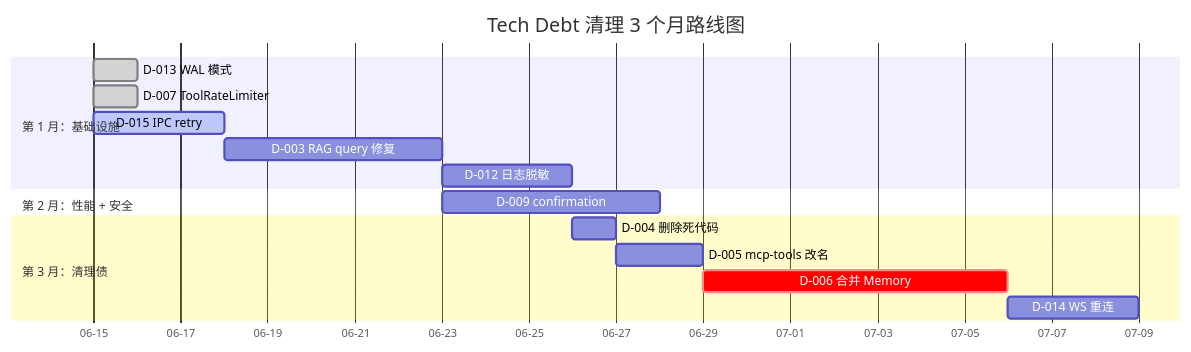
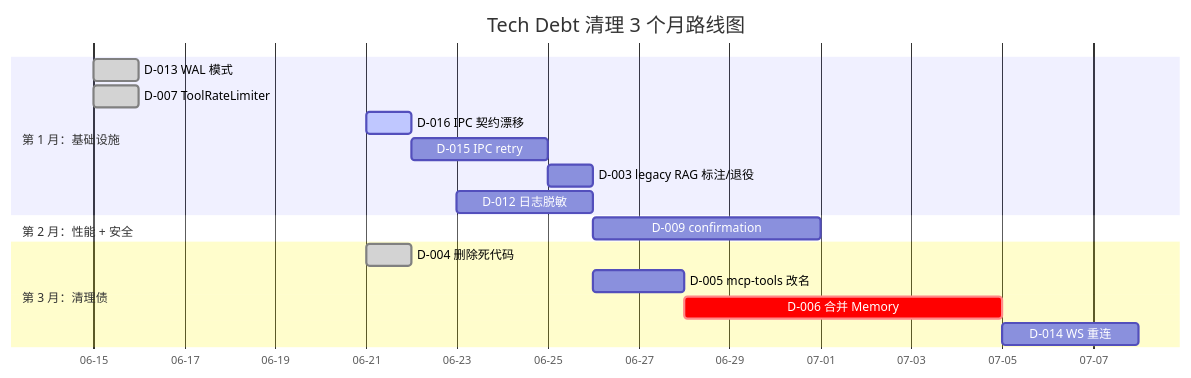
Before and after one commit to LanicBlue/zero-core: the third of 3 diagrams in docs/arch/10-tech-debt-architect-view.md, drawn with Mermaid. The commit also changed other lines of this file and 53 other files, not shown here.

````diff
--- a/docs/arch/10-tech-debt-architect-view.md
+++ b/docs/arch/10-tech-debt-architect-view.md
@@ -356,22 +379,23 @@
 ```mermaid
 gantt
     title Tech Debt 清理 3 个月路线图
     dateFormat  YYYY-MM-DD
     axisFormat %m-%d
 
     section 第 1 月：基础设施
     D-013 WAL 模式           :done, t1, 2026-06-15, 1d
     D-007 ToolRateLimiter    :done, t1b, 2026-06-15, 1d
-    D-015 IPC retry          :active, t2, 2026-06-15, 3d
-    D-003 RAG query 修复     :t3, 2026-06-18, 5d
+    D-016 IPC 契约漂移       :active, t0, 2026-06-21, 1d
+    D-015 IPC retry          :t2, after t0, 3d
+    D-003 legacy RAG 标注/退役 :t3, after t2, 1d
     D-012 日志脱敏           :t4, 2026-06-23, 3d
 
     section 第 2 月：性能 + 安全
     D-009 confirmation       :t6, after t3, 5d
 
     section 第 3 月：清理债
-    D-004 删除死代码         :t7, after t4, 1d
-    D-005 mcp-tools 改名     :t8, after t7, 2d
+    D-004 删除死代码         :done, t7, 2026-06-21, 1d
+    D-005 mcp-tools 改名     :t8, after t4, 2d
     D-006 合并 Memory        :crit, t9, after t8, 7d
     D-014 WS 重连            :t10, after t9, 3d
 ```
````
